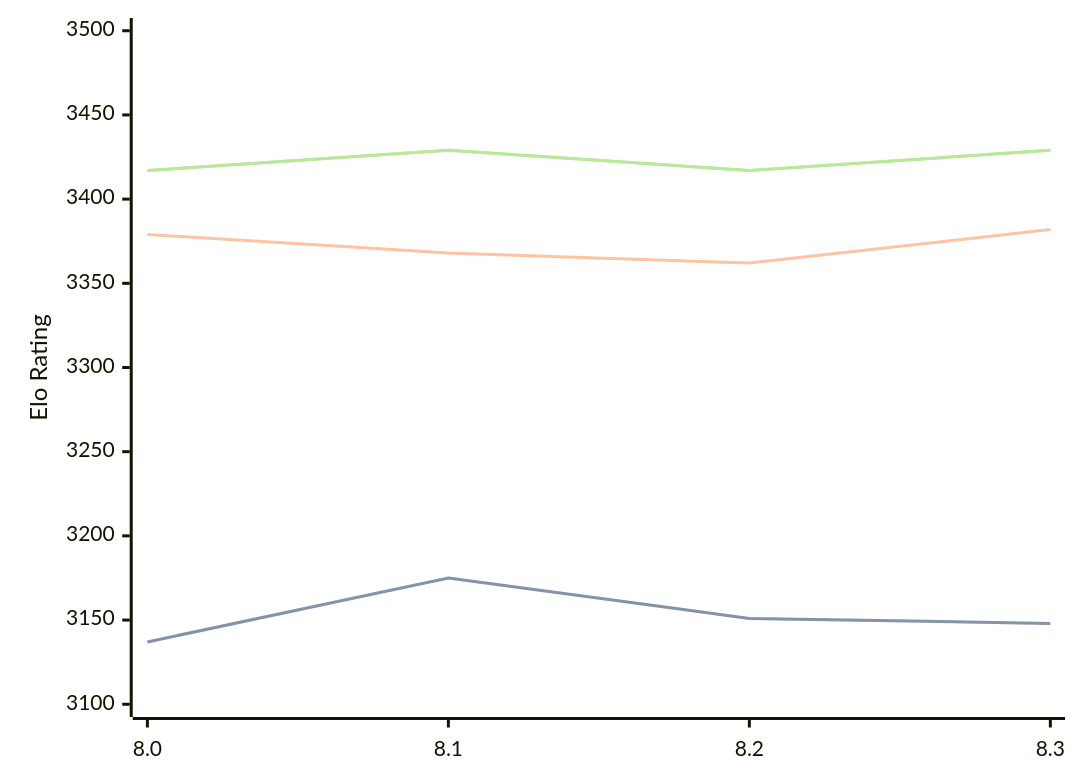
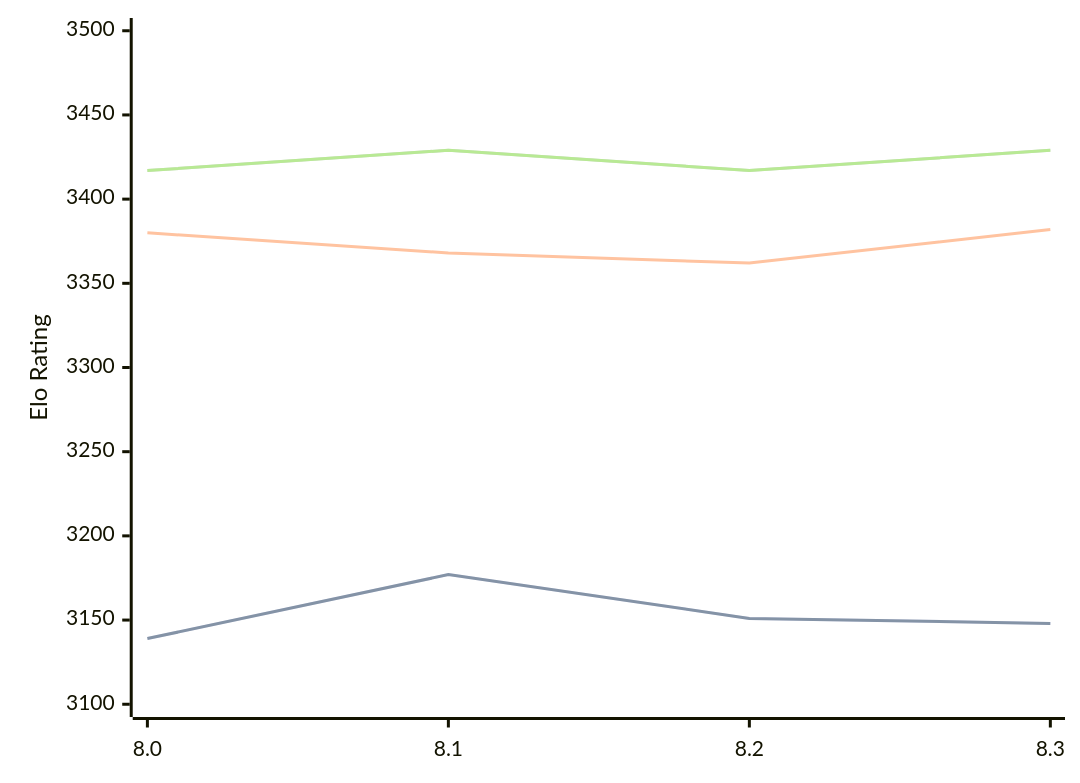
Before and after one commit to computer-chess-index/cci: the diagram in engines/Alexander.md, drawn with Mermaid. The commit also changed other lines of this file, not shown here.

````diff
--- a/engines/Alexander.md
+++ b/engines/Alexander.md
@@ -34,11 +34,11 @@
 ```mermaid
 %%{init: {"theme":"base","themeVariables":{"seriesColors:['#a3a3a3','#222221','#faa371']}}}%%
 xychart-beta
   x-axis ["8.0", "8.1", "8.2", "8.3"]
   y-axis "Elo Rating" 3100 --> 3500
-  line "" [3137, 3175, 3151, 3148]
-  line "STC (8.0+0.08s)" [3137, 3175, 3151, 3148]
-  line "LTC (60.0+0.60s)" [3379, 3368, 3362, 3382]
+  line "" [3139, 3177, 3151, 3148]
+  line "STC (8.0+0.08s)" [3139, 3177, 3151, 3148]
+  line "LTC (60.0+0.60s)" [3380, 3368, 3362, 3382]
   line "" [3417, 3429, 3417, 3429]
   line "VLTC (2m24s+1.12s)" [3417, 3429, 3417, 3429]
 ```
````
